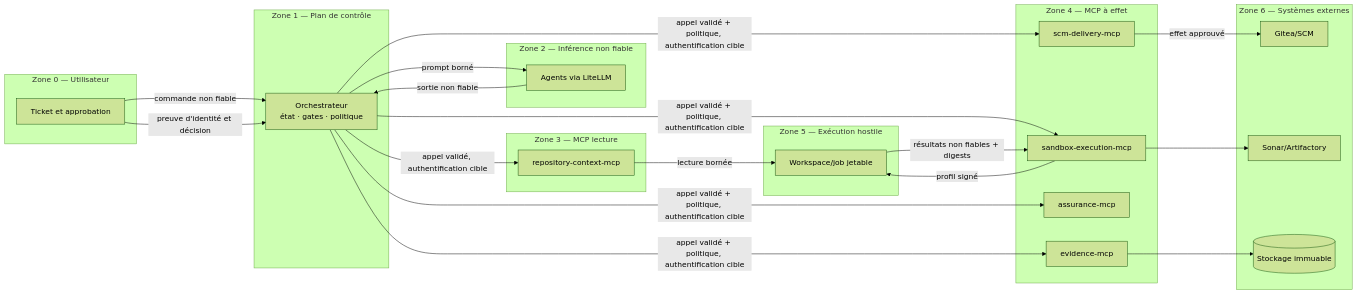
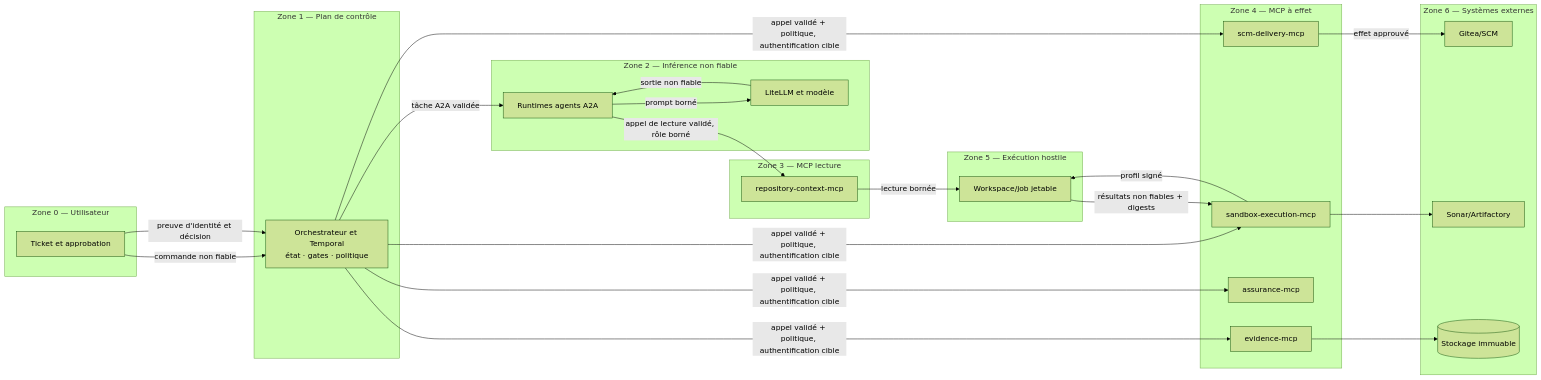
One commit to dbeaumont/ai-software-factory-local changed the diagram in docs/architecture/mcp/MCP-004-actifs-frontieres-confiance.md. Above: the diagram before and after it, drawn with Mermaid (forest theme). The commit also changed other lines of this file and 28 other files, not shown here.

````diff
--- a/docs/architecture/mcp/MCP-004-actifs-frontieres-confiance.md
+++ b/docs/architecture/mcp/MCP-004-actifs-frontieres-confiance.md
@@ -14,42 +14,44 @@
 ```mermaid
 flowchart LR
   subgraph Z0[Zone 0 — Utilisateur]
     U[Ticket et approbation]
   end
   subgraph Z1[Zone 1 — Plan de contrôle]
-    O[Orchestrateur<br/>état · gates · politique]
+    O[Orchestrateur et Temporal<br/>état · gates · politique]
   end
   subgraph Z2[Zone 2 — Inférence non fiable]
-    L[Agents via LiteLLM]
+    R[Runtimes agents A2A]
+    L[LiteLLM et modèle]
   end
   subgraph Z3[Zone 3 — MCP lecture]
     C[repository-context-mcp]
   end
   subgraph Z4[Zone 4 — MCP à effet]
     S[sandbox-execution-mcp]
     D[scm-delivery-mcp]
     A[assurance-mcp]
     E[evidence-mcp]
   end
   subgraph Z5[Zone 5 — Exécution hostile]
     J[Workspace/job jetable]
   end
   subgraph Z6[Zone 6 — Systèmes externes]
     G[Gitea/SCM]
     Q[Sonar/Artifactory]
     B[(Stockage immuable)]
   end
 
   U -->|commande non fiable| O
-  O -->|prompt borné| L
-  L -->|sortie non fiable| O
-  O -->|appel validé, authentification cible| C
+  O -->|tâche A2A validée| R
+  R -->|prompt borné| L
+  L -->|sortie non fiable| R
+  R -->|appel de lecture validé, rôle borné| C
   O -->|appel validé + politique, authentification cible| S & D & A & E
   C -->|lecture bornée| J
   S -->|profil signé| J
   J -->|résultats non fiables + digests| S
   S --> Q
   D -->|effet approuvé| G
   E --> B
   U -->|preuve d'identité et décision| O
 ```
````
